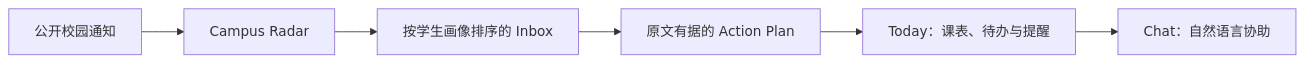
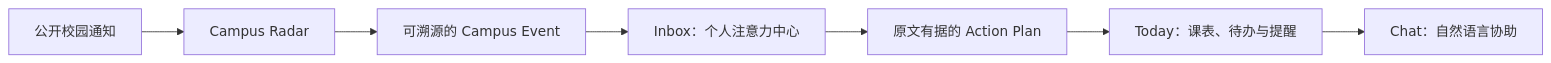
The first of 2 diagrams in README.md (iam-epiphany/XGuide), drawn with Mermaid before and after one commit. The commit also changed other lines of this file and 4 other files, not shown here.

```diff
--- a/README.md
+++ b/README.md
@@ -28,8 +28,9 @@
 ~~~mermaid
 flowchart LR
     A[公开校园通知] --> B[Campus Radar]
-    B --> C[按学生画像排序的 Inbox]
-    C --> D[原文有据的 Action Plan]
-    D --> E[Today：课表、待办与提醒]
-    E --> F[Chat：自然语言协助]
+    B --> C[可溯源的 Campus Event]
+    C --> D[Inbox：个人注意力中心]
+    D --> E[原文有据的 Action Plan]
+    E --> F[Today：课表、待办与提醒]
+    F --> G[Chat：自然语言协助]
 ~~~
```
